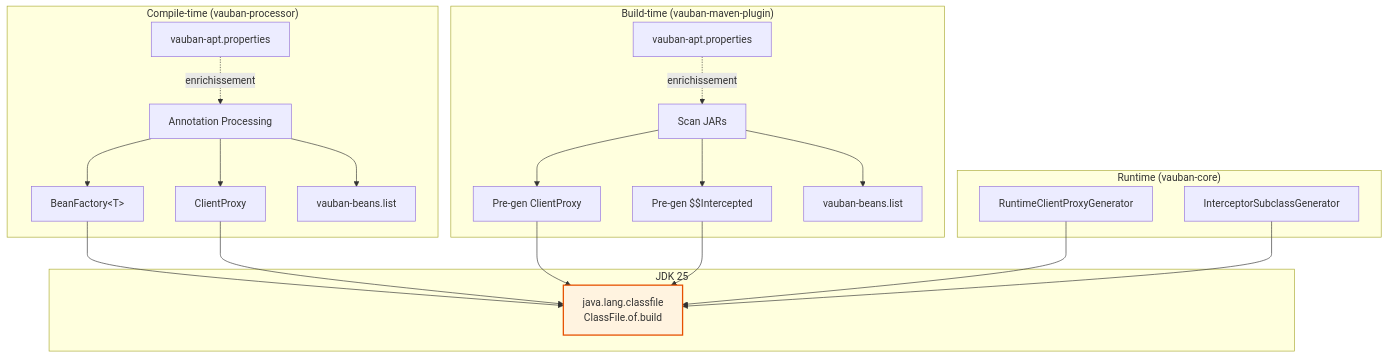
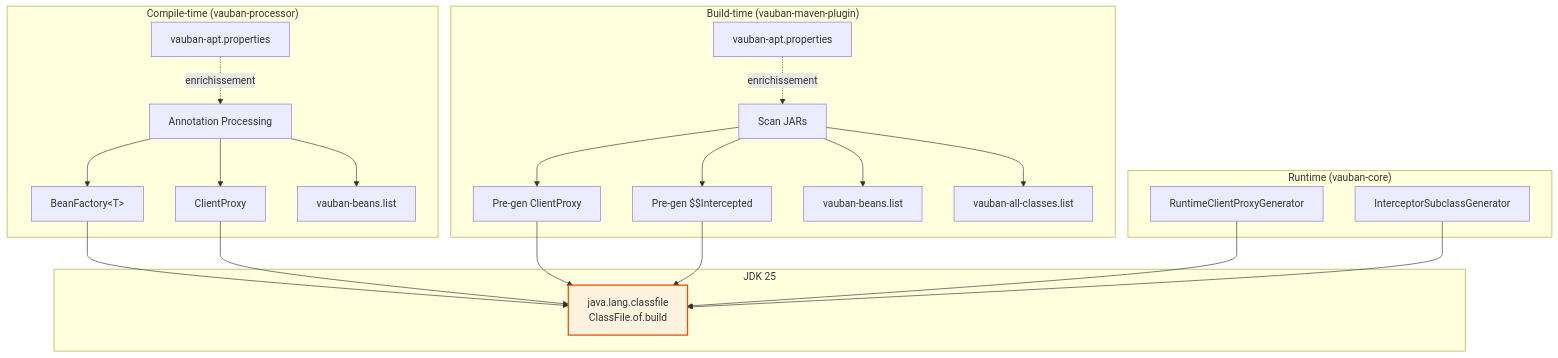
Diagram 11 of 11 in docs/architecture.md (vidocq-stack/vauban), drawn with Mermaid before and after one commit. The commit also changed other lines of this file, not shown here.

First line of the commit message:
docs: document META-INF generated files and vauban-all-classes.list

````diff
--- a/docs/architecture.md
+++ b/docs/architecture.md
@@ -429,34 +429,35 @@
 ```mermaid
 flowchart TD
     subgraph "Compile-time (vauban-processor)"
         APT[Annotation Processing] --> EF[BeanFactory&lt;T&gt;]
         APT --> CP[ClientProxy]
         APT --> LIST_APT[vauban-beans.list]
         PROPS[vauban-apt.properties] -.->|enrichissement| APT
     end
 
     subgraph "Build-time (vauban-maven-plugin)"
         SCAN[Scan JARs] --> PRE_CP[Pre-gen ClientProxy]
         SCAN --> PRE_INT[Pre-gen $$Intercepted]
         SCAN --> LIST[vauban-beans.list]
+        SCAN --> ALL[vauban-all-classes.list]
         PROPS2[vauban-apt.properties] -.->|enrichissement| SCAN
     end
 
     subgraph "Runtime (vauban-core)"
         RT_CP[RuntimeClientProxyGenerator]
         RT_INT[InterceptorSubclassGenerator]
     end
 
     subgraph "JDK 25"
         CF[java.lang.classfile<br/>ClassFile.of.build]
     end
 
     EF --> CF
     CP --> CF
     PRE_CP --> CF
     PRE_INT --> CF
     RT_CP --> CF
     RT_INT --> CF
 
     style CF fill:#fff3e0,stroke:#e65100,stroke-width:2px
 ```
````
